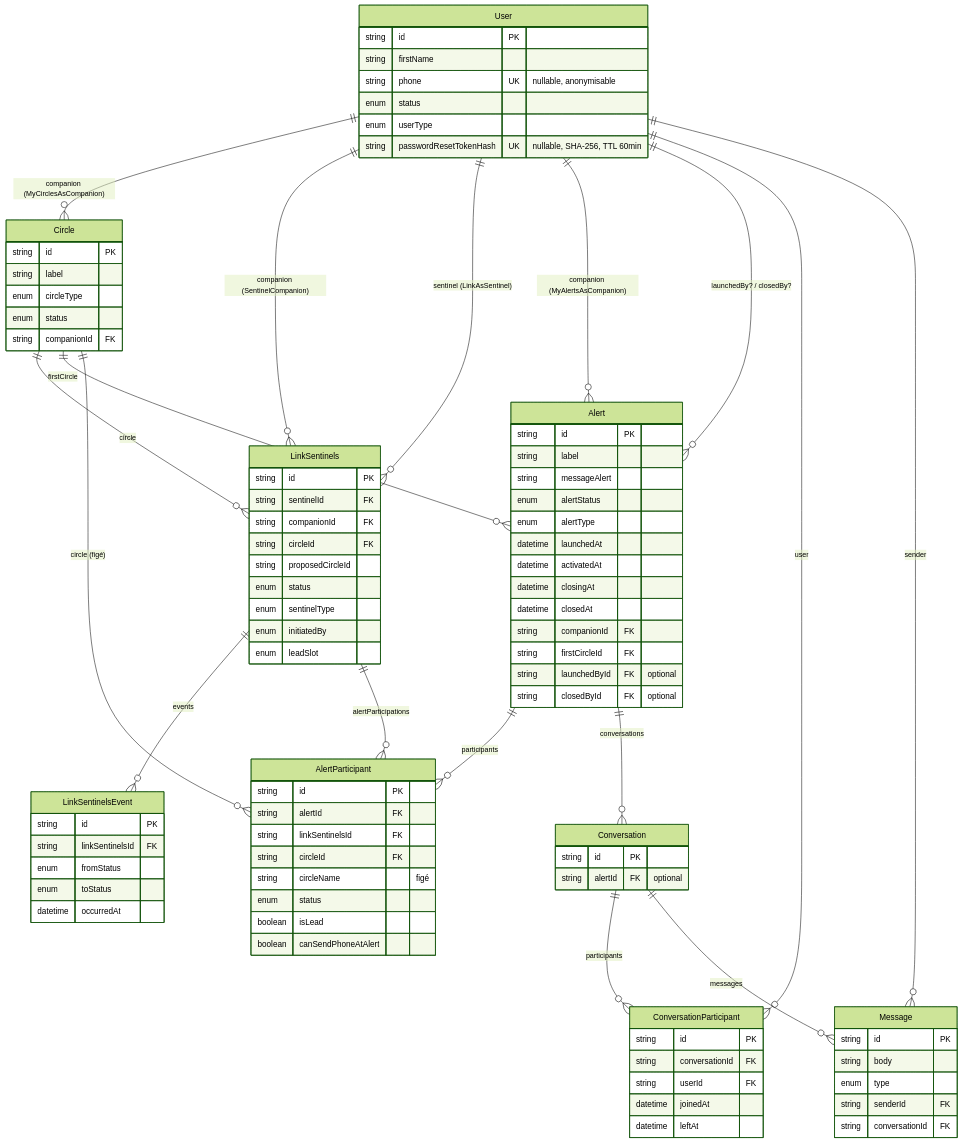
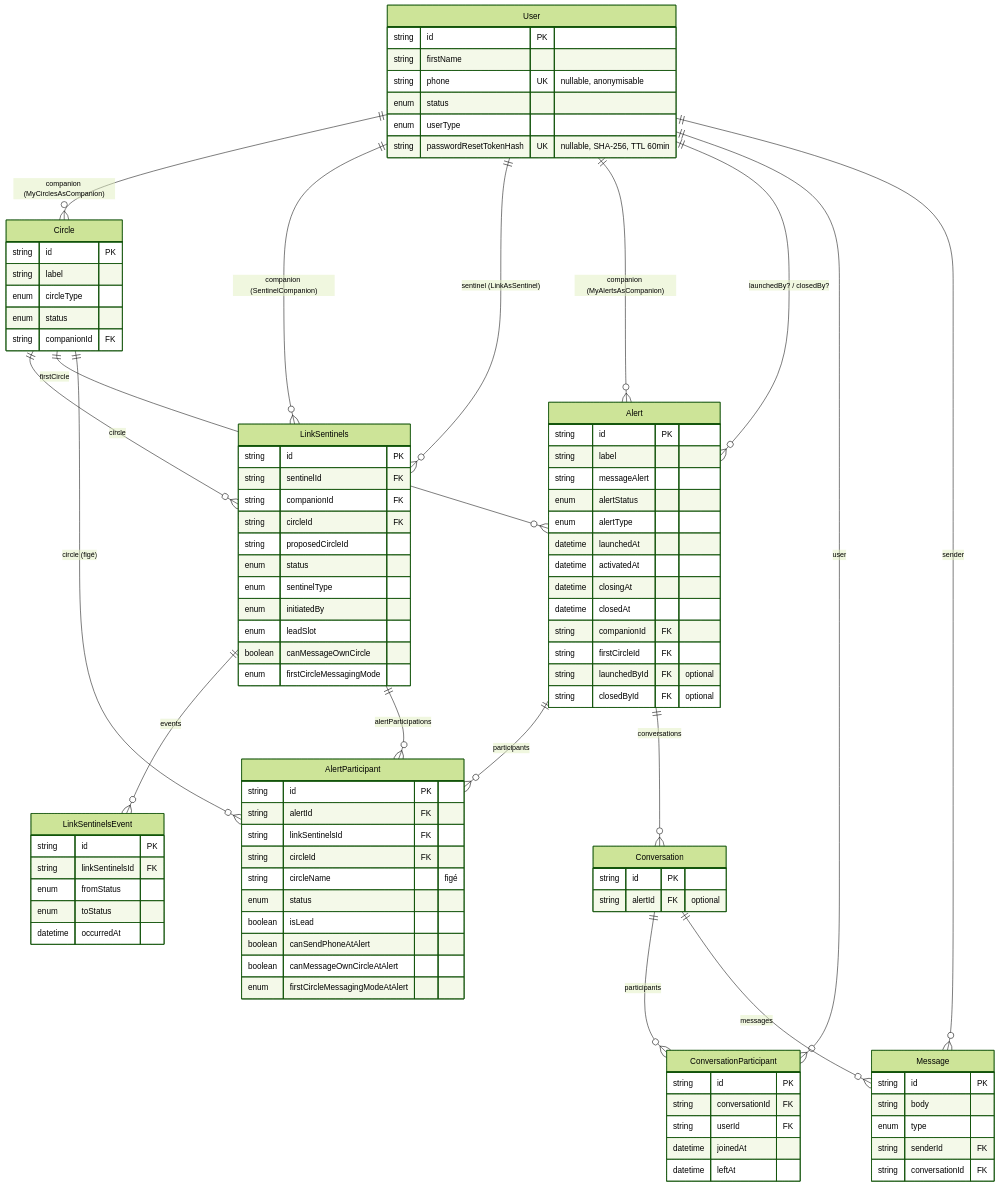
Before and after one commit to Sylvfo/MySentinelCircle: the first of 5 diagrams in backend/prisma/DB_schema.md, drawn with Mermaid (forest theme). The commit also changed other lines of this file and 7 other files, not shown here.

First line of the commit message:
Add per-membership messaging settings and fix circle-move hardening gap

```diff
--- a/backend/prisma/DB_schema.md
+++ b/backend/prisma/DB_schema.md
@@ -53,6 +53,8 @@
     enum   sentinelType
     enum   initiatedBy
     enum   leadSlot
+    boolean canMessageOwnCircle
+    enum   firstCircleMessagingMode
   }
 
   LinkSentinelsEvent {
@@ -88,6 +90,8 @@
     enum   status
     boolean isLead
     boolean canSendPhoneAtAlert
+    boolean canMessageOwnCircleAtAlert
+    enum   firstCircleMessagingModeAtAlert
   }
 
   Conversation {
```
